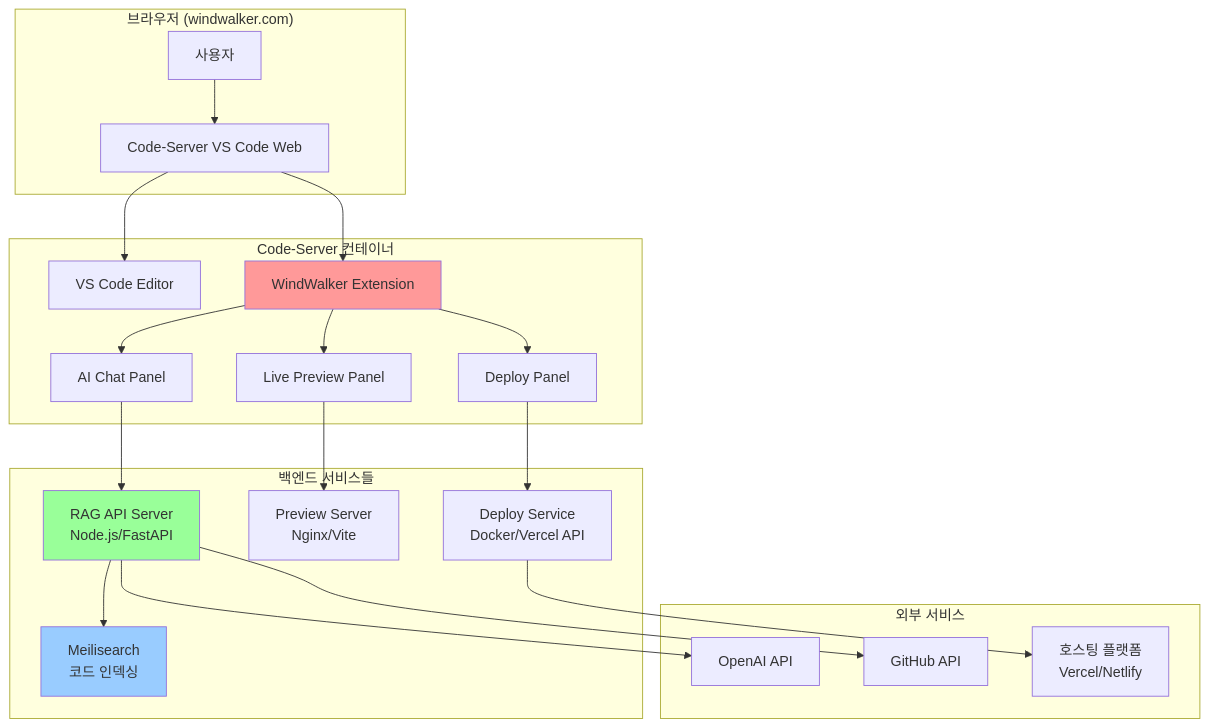
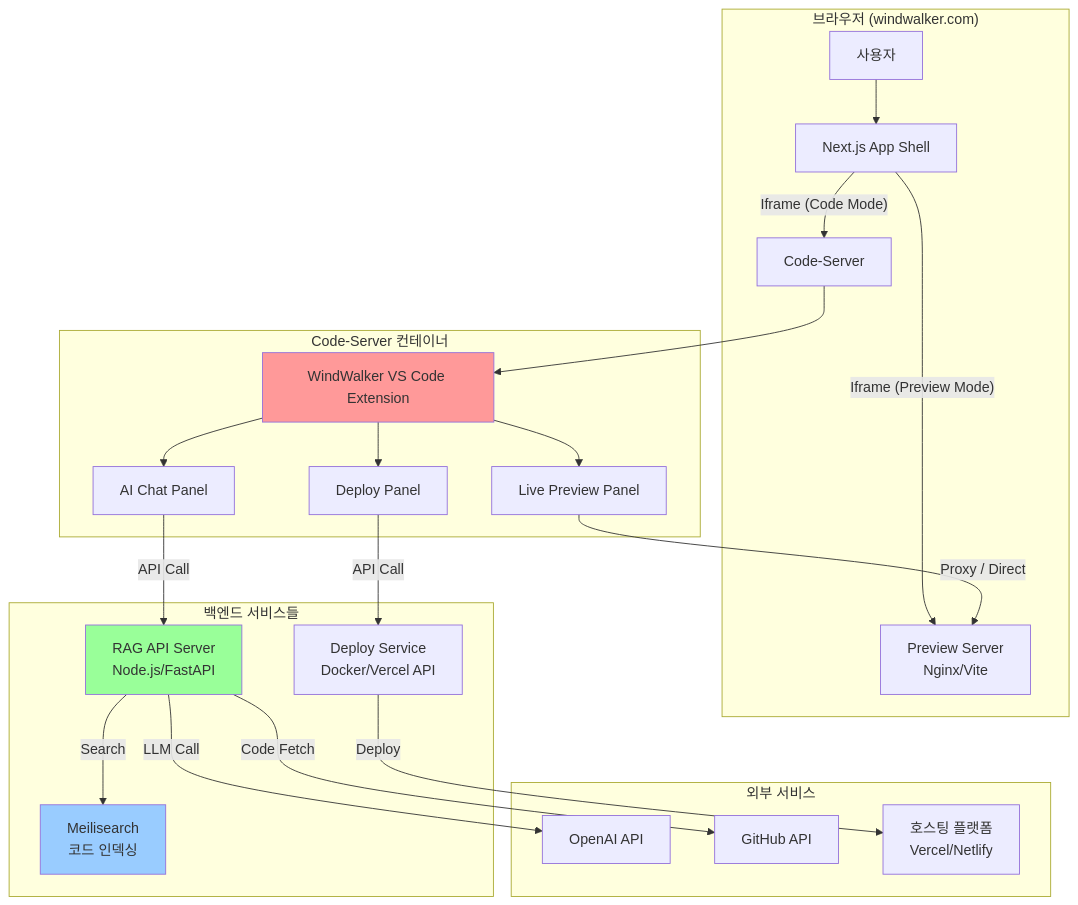
The diagram in pdd-windwalker.md (lausiv7/windw), drawn with Mermaid before and after one commit. The commit also changed 22 other files, not shown here.

````diff
--- a/pdd-windwalker.md
+++ b/pdd-windwalker.md
@@ -41,39 +41,40 @@
 ```mermaid
 graph TB
     subgraph "브라우저 (windwalker.com)"
-        A[사용자] --> B[Code-Server VS Code Web]
+        A[사용자] --> B[Next.js App Shell]
+        B -- "Iframe (Code Mode)" --> C[Code-Server]
+        B -- "Iframe (Preview Mode)" --> J[Preview Server]
     end
     
     subgraph "Code-Server 컨테이너"
-        B --> C[VS Code Editor]
-        B --> D[WindWalker Extension]
+        C --> D[WindWalker VS Code Extension]
         D --> E[AI Chat Panel]
         D --> F[Live Preview Panel] 
         D --> G[Deploy Panel]
     end
     
     subgraph "백엔드 서비스들"
         H[Meilisearch<br/>코드 인덱싱]
         I[RAG API Server<br/>Node.js/FastAPI]
         J[Preview Server<br/>Nginx/Vite]
         K[Deploy Service<br/>Docker/Vercel API]
     end
     
     subgraph "외부 서비스"
         L[OpenAI API]
         M[GitHub API]
         N[호스팅 플랫폼<br/>Vercel/Netlify]
     end
     
-    E --> I
-    I --> H
-    I --> L
-    F --> J
-    G --> K
-    K --> N
-    I --> M
+    E -- API Call --> I
+    I -- Search --> H
+    I -- LLM Call --> L
+    F -- Proxy / Direct --> J
+    G -- API Call --> K
+    K -- Deploy --> N
+    I -- Code Fetch --> M
     
     style D fill:#ff9999
     style H fill:#99ccff
     style I fill:#99ff99
 ```
````
